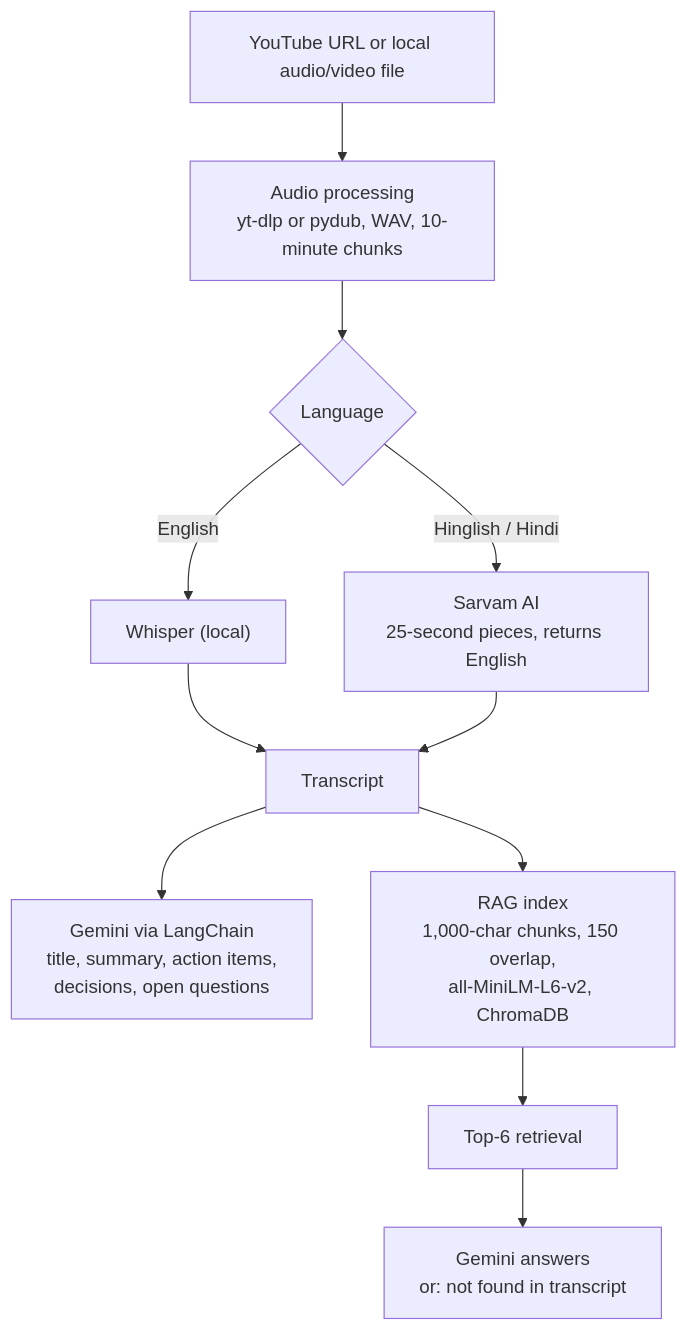
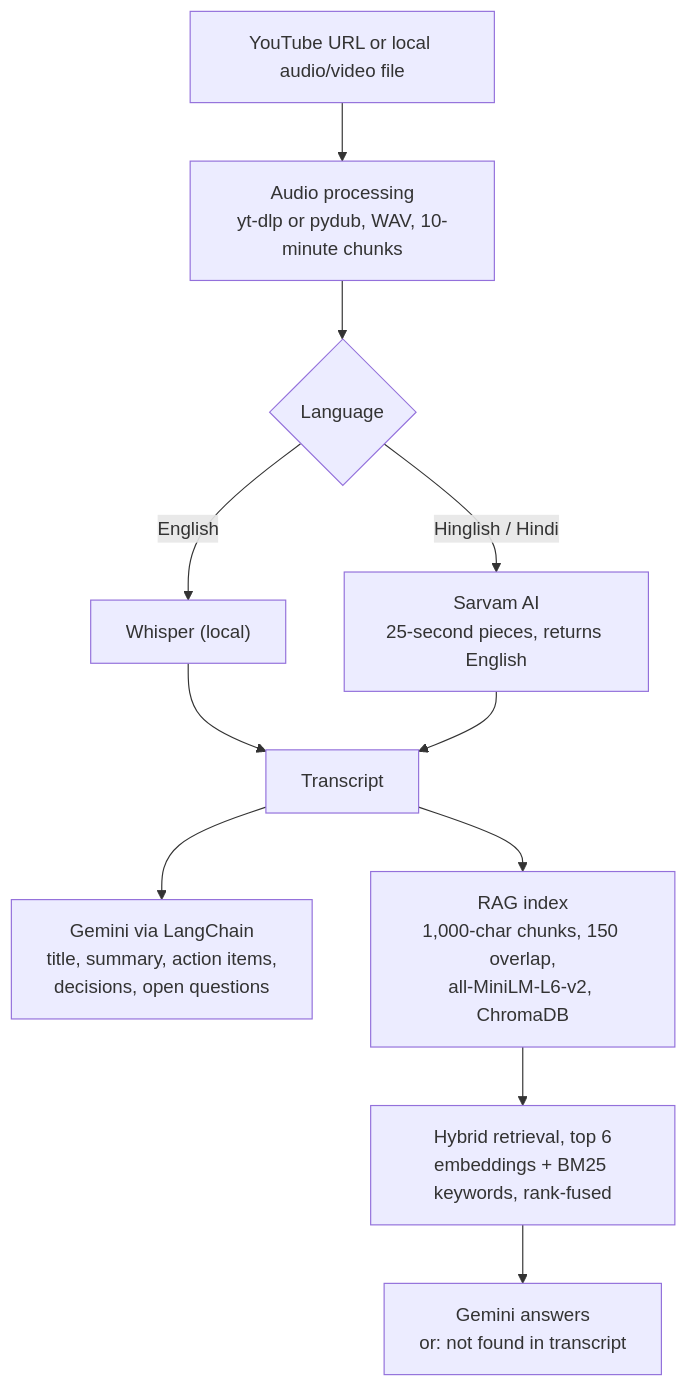
Before and after one commit to shushant11/gen-ai-video-analyzer: the diagram in README.md, drawn with Mermaid. The commit also changed other lines of this file and 11 other files, not shown here.

Commit message:
Use hybrid retrieval (embeddings + BM25) and add evaluation

````diff
--- a/README.md
+++ b/README.md
@@ -33,13 +33,13 @@
 ```mermaid
 flowchart TD
     A["YouTube URL or local audio/video file"] --> B["Audio processing<br/>yt-dlp or pydub, WAV, 10-minute chunks"]
     B --> C{"Language"}
     C -->|English| D["Whisper (local)"]
     C -->|"Hinglish / Hindi"| E["Sarvam AI<br/>25-second pieces, returns English"]
     D --> F["Transcript"]
     E --> F
     F --> G["Gemini via LangChain<br/>title, summary, action items,<br/>decisions, open questions"]
     F --> H["RAG index<br/>1,000-char chunks, 150 overlap,<br/>all-MiniLM-L6-v2, ChromaDB"]
-    H --> I["Top-6 retrieval"]
+    H --> I["Hybrid retrieval, top 6<br/>embeddings + BM25 keywords, rank-fused"]
     I --> J["Gemini answers<br/>or: not found in transcript"]
 ```
````
